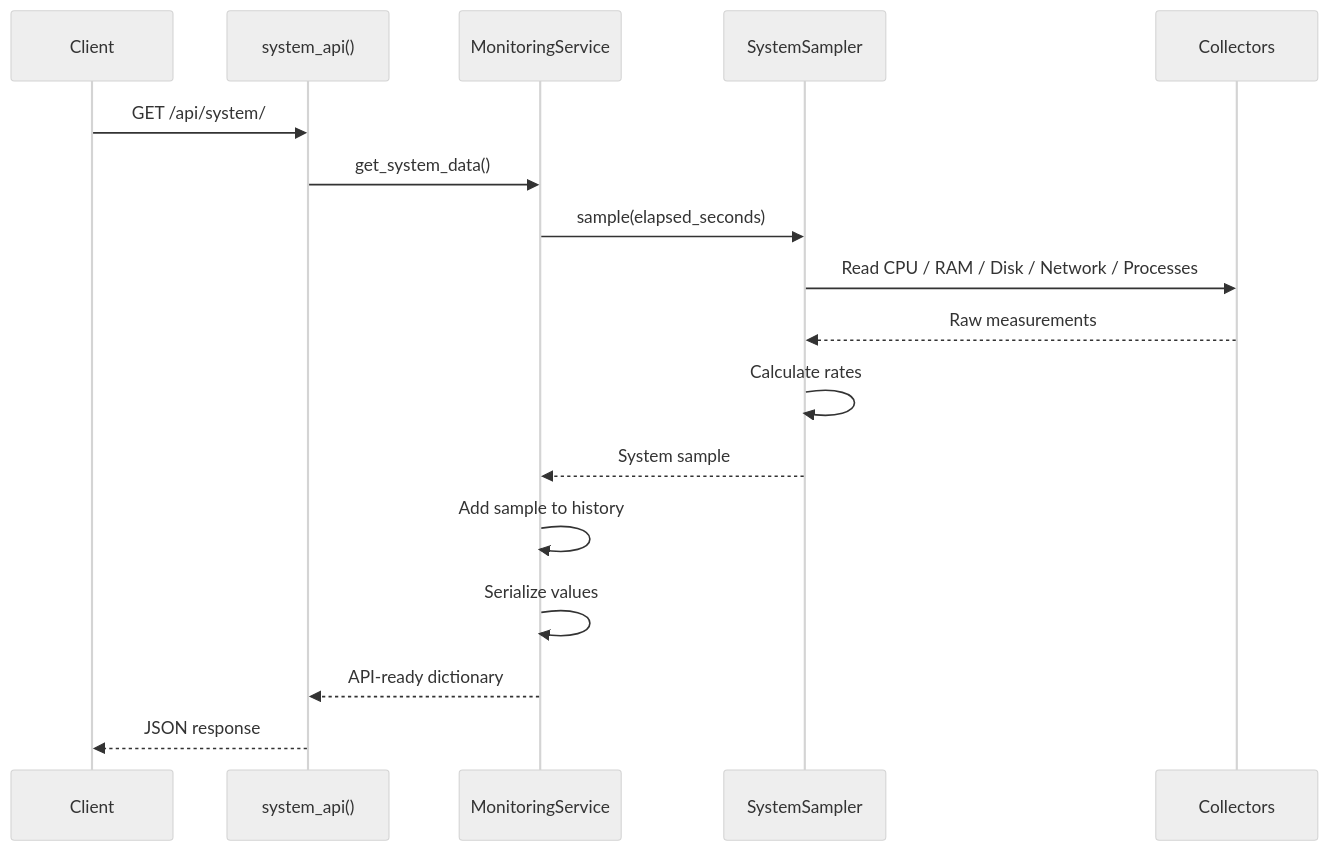
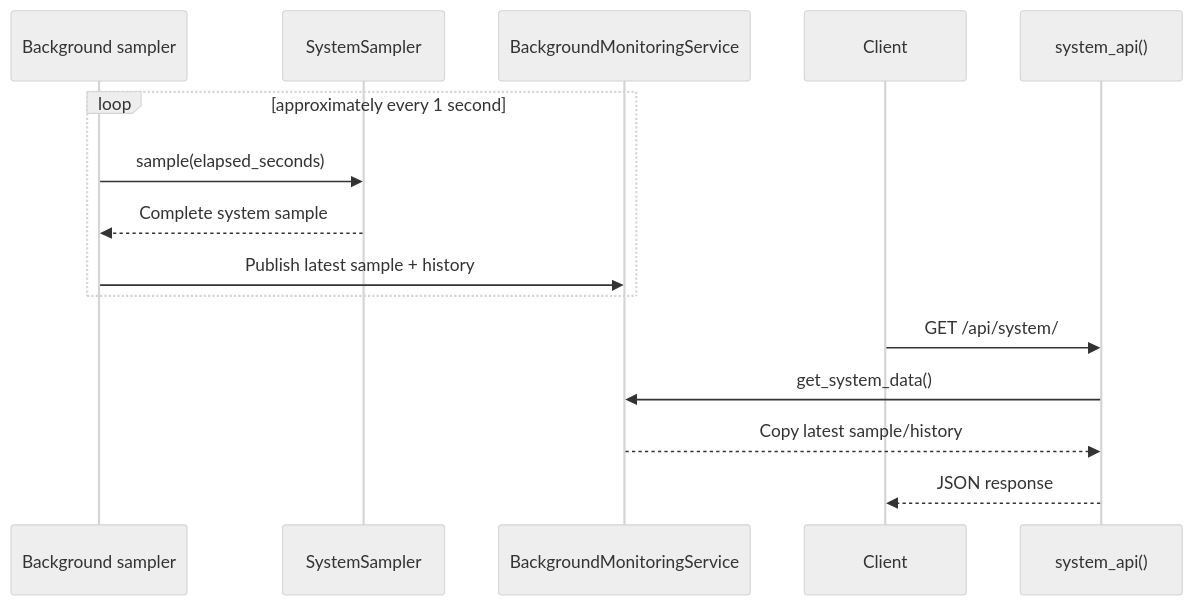
One commit to IronRon/Sys-Monitor changed the fifth of 14 diagrams in docs/api.md. Above: the diagram before and after it, drawn with Mermaid (neutral theme). The commit also changed other lines of this file and 8 other files, not shown here.

First line of the commit message:
Refactor monitoring architecture to implement continuous background sampling

````diff
--- a/docs/api.md
+++ b/docs/api.md
@@ -388,29 +390,19 @@
 ```mermaid
 sequenceDiagram
+    participant Worker as Background sampler
+    participant Sampler as SystemSampler
+    participant Service as BackgroundMonitoringService
     participant Client
     participant Django as system_api()
-    participant Service as MonitoringService
-    participant Sampler as SystemSampler
-    participant Collectors
+
+    loop approximately every 1 second
+        Worker->>Sampler: sample(elapsed_seconds)
+        Sampler-->>Worker: Complete system sample
+        Worker->>Service: Publish latest sample + history
+    end
 
     Client->>Django: GET /api/system/
-
     Django->>Service: get_system_data()
-
-    Service->>Sampler: sample(elapsed_seconds)
-
-    Sampler->>Collectors: Read CPU / RAM / Disk / Network / Processes
-
-    Collectors-->>Sampler: Raw measurements
-
-    Sampler->>Sampler: Calculate rates
-
-    Sampler-->>Service: System sample
-
-    Service->>Service: Add sample to history
-    Service->>Service: Serialize values
-
-    Service-->>Django: API-ready dictionary
-
+    Service-->>Django: Copy latest sample/history
     Django-->>Client: JSON response
 ```
````
